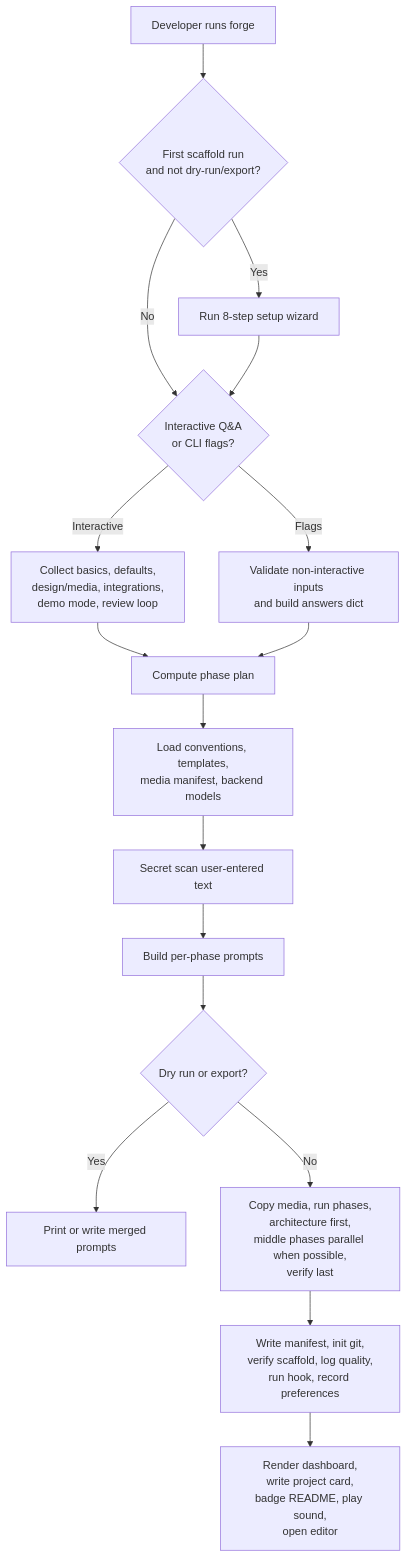
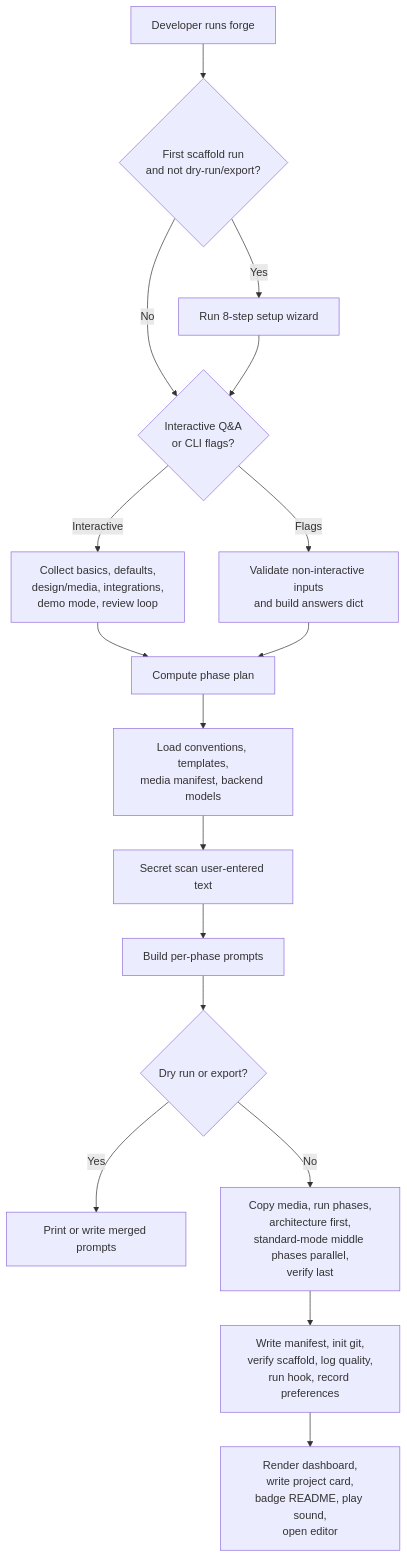
One commit to Schramm2/projectforge changed the diagram in docs/diagrams/forge-flow.md. Above: the diagram before and after it, drawn with Mermaid. The commit also changed 21 other files, not shown here.

````diff
--- a/docs/diagrams/forge-flow.md
+++ b/docs/diagrams/forge-flow.md
@@ -27,25 +27,25 @@
 ```mermaid
 flowchart TD
     Start["Developer runs forge"] --> SetupCheck{"First scaffold run<br/>and not dry-run/export?"}
 
     SetupCheck -- Yes --> Setup["Run 8-step setup wizard"]
     SetupCheck -- No --> InputMode
     Setup --> InputMode{"Interactive Q&A<br/>or CLI flags?"}
 
     InputMode -- Interactive --> Interactive["Collect basics, defaults,<br/>design/media, integrations,<br/>demo mode, review loop"]
     InputMode -- Flags --> Flags["Validate non-interactive inputs<br/>and build answers dict"]
 
     Interactive --> Route
     Flags --> Route["Compute phase plan"]
 
     Route --> Context["Load conventions, templates,<br/>media manifest, backend models"]
     Context --> Safety["Secret scan user-entered text"]
     Safety --> Prompting["Build per-phase prompts"]
     Prompting --> Preview{"Dry run or export?"}
 
     Preview -- Yes --> OutputPrompt["Print or write merged prompts"]
-    Preview -- No --> Execute["Copy media, run phases,<br/>architecture first,<br/>middle phases parallel when possible,<br/>verify last"]
+    Preview -- No --> Execute["Copy media, run phases,<br/>architecture first,<br/>standard-mode middle phases parallel,<br/>verify last"]
 
     Execute --> Post["Write manifest, init git,<br/>verify scaffold, log quality,<br/>run hook, record preferences"]
     Post --> Ready["Render dashboard,<br/>write project card,<br/>badge README, play sound,<br/>open editor"]
 ```
````
